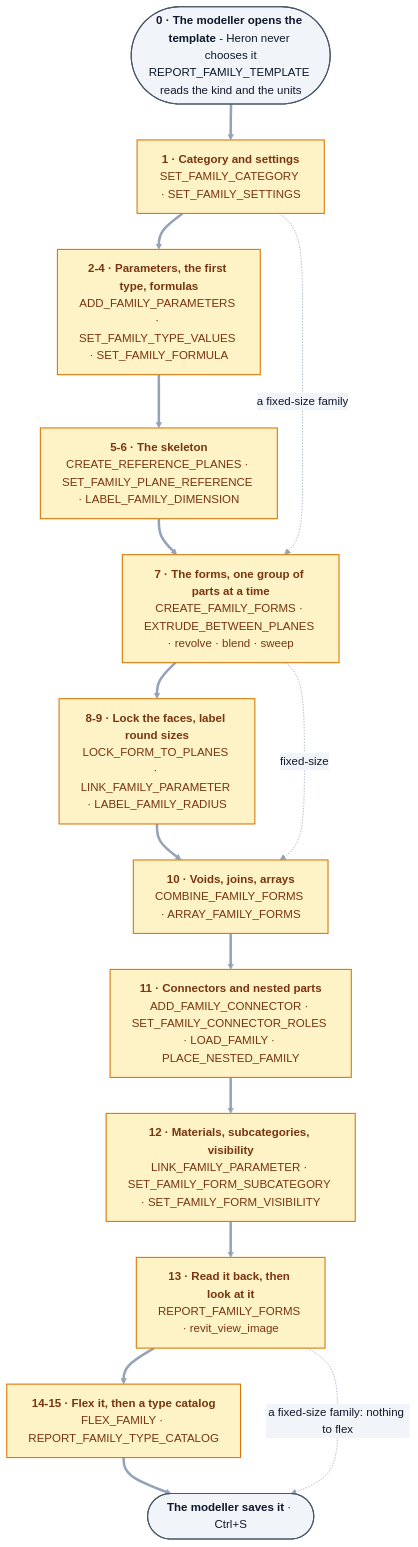
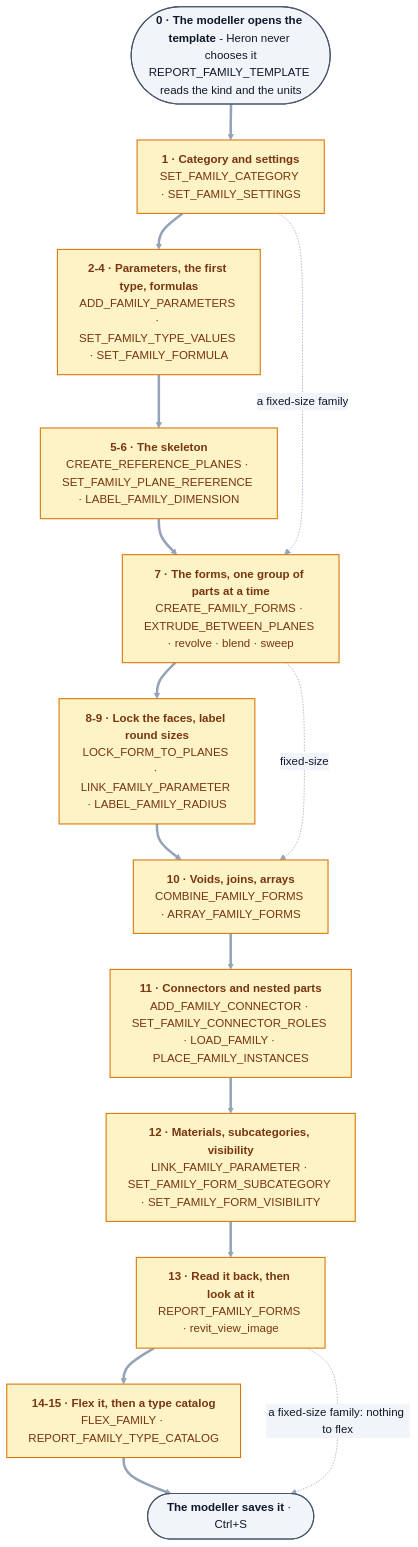
One commit to Ajmalpshaik/Heron-AI changed the diagram in docs/43-building-revit-families.md. Above: the diagram before and after it, drawn with Mermaid. The commit also changed other lines of this file and 72 other files, not shown here.

````diff
--- a/docs/43-building-revit-families.md
+++ b/docs/43-building-revit-families.md
@@ -62,26 +62,26 @@
 ```mermaid
 %%{init: {"themeVariables": {"edgeLabelBackground":"#F1F5F9","lineColor":"#94A3B8","textColor":"#0F172A","tertiaryTextColor":"#0F172A"}}}%%
 flowchart TD
     S0(["<b>0 · The modeller opens the template</b> - Heron never chooses it<br/>REPORT_FAMILY_TEMPLATE reads the kind and the units"])
     S1["<b>1 · Category and settings</b><br/>SET_FAMILY_CATEGORY · SET_FAMILY_SETTINGS"]
     S2["<b>2-4 · Parameters, the first type, formulas</b><br/>ADD_FAMILY_PARAMETERS · SET_FAMILY_TYPE_VALUES · SET_FAMILY_FORMULA"]
     S5["<b>5-6 · The skeleton</b><br/>CREATE_REFERENCE_PLANES · SET_FAMILY_PLANE_REFERENCE · LABEL_FAMILY_DIMENSION"]
     S7["<b>7 · The forms, one group of parts at a time</b><br/>CREATE_FAMILY_FORMS · EXTRUDE_BETWEEN_PLANES · revolve · blend · sweep"]
     S8["<b>8-9 · Lock the faces, label round sizes</b><br/>LOCK_FORM_TO_PLANES · LINK_FAMILY_PARAMETER · LABEL_FAMILY_RADIUS"]
     S10["<b>10 · Voids, joins, arrays</b><br/>COMBINE_FAMILY_FORMS · ARRAY_FAMILY_FORMS"]
-    S11["<b>11 · Connectors and nested parts</b><br/>ADD_FAMILY_CONNECTOR · SET_FAMILY_CONNECTOR_ROLES · LOAD_FAMILY · PLACE_NESTED_FAMILY"]
+    S11["<b>11 · Connectors and nested parts</b><br/>ADD_FAMILY_CONNECTOR · SET_FAMILY_CONNECTOR_ROLES · LOAD_FAMILY · PLACE_FAMILY_INSTANCES"]
     S12["<b>12 · Materials, subcategories, visibility</b><br/>LINK_FAMILY_PARAMETER · SET_FAMILY_FORM_SUBCATEGORY · SET_FAMILY_FORM_VISIBILITY"]
     S13["<b>13 · Read it back, then look at it</b><br/>REPORT_FAMILY_FORMS · revit_view_image"]
     S14["<b>14-15 · Flex it, then a type catalog</b><br/>FLEX_FAMILY · REPORT_FAMILY_TYPE_CATALOG"]
     SV(["<b>The modeller saves it</b> · Ctrl+S"])
 
     S0 ==> S1 ==> S2 ==> S5 ==> S7 ==> S8 ==> S10 ==> S11 ==> S12 ==> S13 ==> S14 ==> SV
     S1 -.->|a fixed-size family| S7
     S7 -.->|fixed-size| S10
     S13 -.->|a fixed-size family: nothing to flex| SV
 
     classDef user fill:#F1F5F9,stroke:#475569,stroke-width:1.5px,color:#0F172A
     classDef addin fill:#FEF3C7,stroke:#D97706,stroke-width:1.5px,color:#78350F
     class S0,SV user
     class S1,S2,S5,S7,S8,S10,S11,S12,S13,S14 addin
 ```
````
